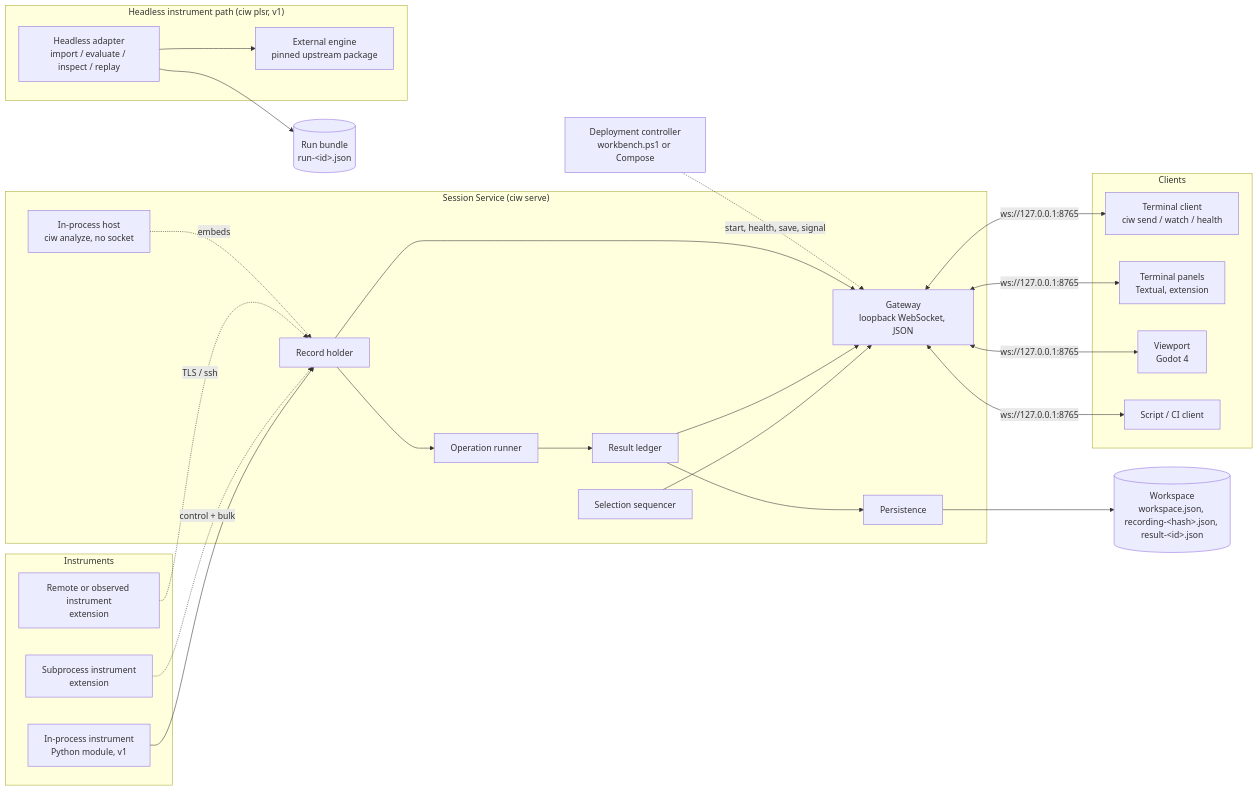
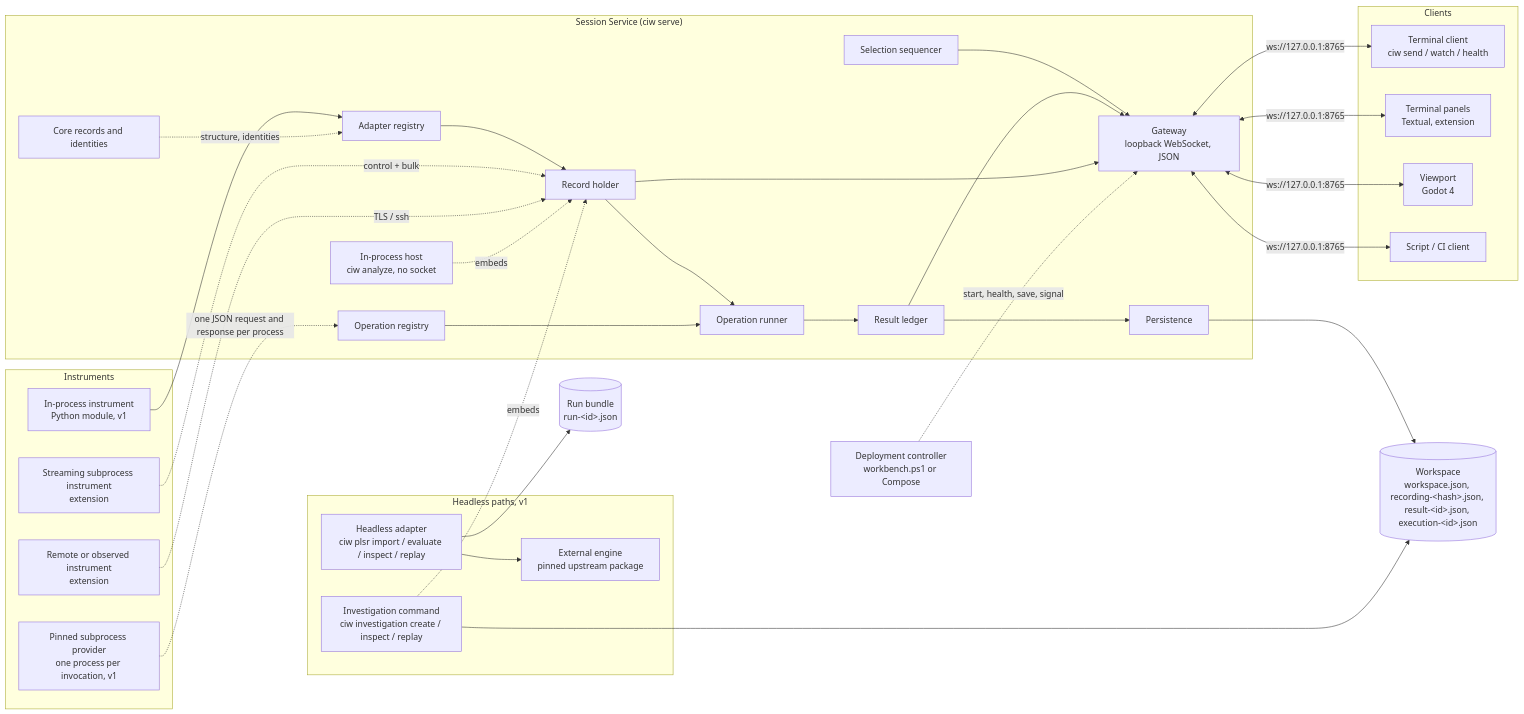
One commit to giasonpooni/Computational-Instrumentation-Workbench changed the first of 3 diagrams in docs/ARCHITECTURE.md. Above: the diagram before and after it, drawn with Mermaid. The commit also changed other lines of this file and 1 other file, not shown here.

First line of the commit message:
Reconcile the architecture with the executable adapter boundary

````diff
--- a/docs/ARCHITECTURE.md
+++ b/docs/ARCHITECTURE.md
@@ -116,46 +117,56 @@
 ```mermaid
 flowchart LR
     subgraph Instruments
         I1[In-process instrument<br/>Python module, v1]
-        I2[Subprocess instrument<br/>extension]
+        PS[Pinned subprocess provider<br/>one process per invocation, v1]
+        I2[Streaming subprocess instrument<br/>extension]
         I3[Remote or observed instrument<br/>extension]
     end
     subgraph Service["Session Service (ciw serve)"]
+        CORE[Core records and identities]
+        AREG[Adapter registry]
         REC[Record holder]
         SEL[Selection sequencer]
+        OPR[Operation registry]
         OPS[Operation runner]
         RES[Result ledger]
         GW[Gateway<br/>loopback WebSocket, JSON]
         PER[Persistence]
         AN[In-process host<br/>ciw analyze, no socket]
     end
     subgraph Clients
         CLI[Terminal client<br/>ciw send / watch / health]
         TUI[Terminal panels<br/>Textual, extension]
         VP[Viewport<br/>Godot 4]
         SC[Script / CI client]
     end
-    WS[("Workspace<br/>workspace.json, recording-#lt;hash#gt;.json, result-#lt;id#gt;.json")]
-    subgraph Headless["Headless instrument path (ciw plsr, v1)"]
-        HA[Headless adapter<br/>import / evaluate / inspect / replay]
+    WS[("Workspace<br/>workspace.json, recording-#lt;hash#gt;.json, result-#lt;id#gt;.json, execution-#lt;id#gt;.json")]
+    subgraph Headless["Headless paths, v1"]
+        HA[Headless adapter<br/>ciw plsr import / evaluate / inspect / replay]
         ENG[External engine<br/>pinned upstream package]
+        INV[Investigation command<br/>ciw investigation create / inspect / replay]
     end
     RB[("Run bundle<br/>run-#lt;id#gt;.json")]
     DC[Deployment controller<br/>workbench.ps1 or Compose]
-    I1 --> REC
+    I1 --> AREG --> REC
+    CORE -. structure, identities .-> AREG
+    PS -. one JSON request and response per process .-> OPR
     I2 -. control + bulk .-> REC
     I3 -. TLS / ssh .-> REC
     REC --> OPS --> RES
+    OPR --> OPS
     SEL --> GW
     RES --> GW
     REC --> GW
     RES --> PER --> WS
     GW <-- ws://127.0.0.1:8765 --> CLI
     GW <-- ws://127.0.0.1:8765 --> TUI
     GW <-- ws://127.0.0.1:8765 --> VP
     GW <-- ws://127.0.0.1:8765 --> SC
     AN -. embeds .-> REC
+    INV -. embeds .-> REC
+    INV --> WS
     HA --> ENG
     HA --> RB
     DC -. start, health, save, signal .-> GW
 ```
````
